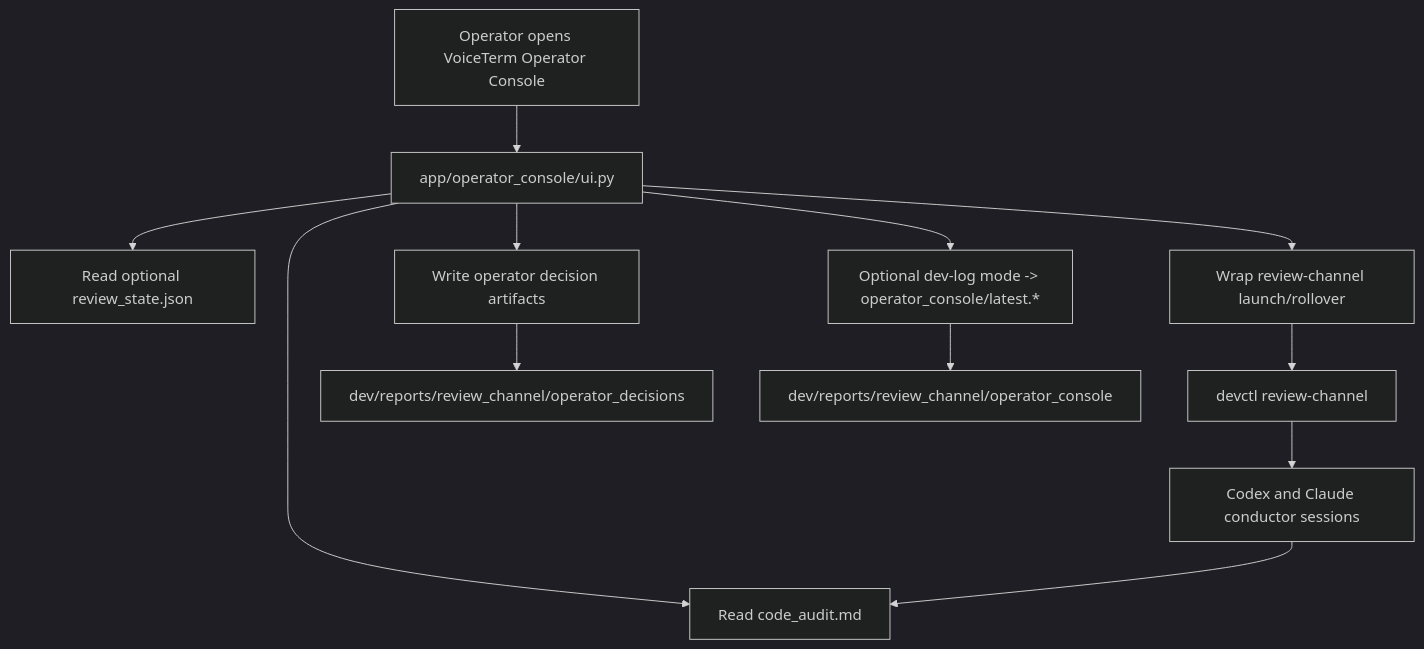
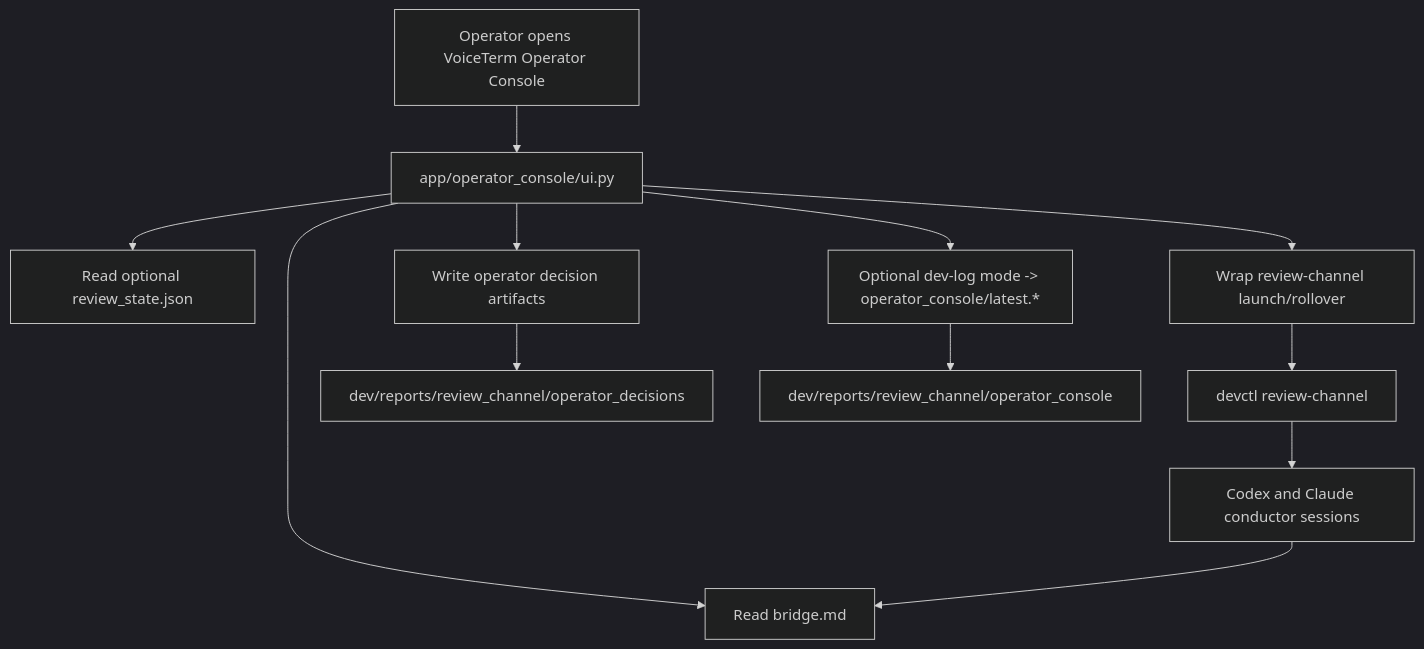
One commit to jguida941/voiceterm changed the third of 4 diagrams in dev/guides/AGENT_COLLABORATION_SYSTEM.md. Above: the diagram before and after it, drawn with Mermaid (dark theme). The commit also changed other lines of this file and 98 other files, not shown here.

````diff
--- a/dev/guides/AGENT_COLLABORATION_SYSTEM.md
+++ b/dev/guides/AGENT_COLLABORATION_SYSTEM.md
@@ -249,14 +249,14 @@
 ```mermaid
 flowchart TD
   A[Operator opens VoiceTerm Operator Console] --> B[app/operator_console/ui.py]
-  B --> C[Read code_audit.md]
+  B --> C[Read bridge.md]
   B --> D[Read optional review_state.json]
   B --> E[Wrap review-channel launch/rollover]
   B --> F[Write operator decision artifacts]
   B --> G[Optional dev-log mode -> operator_console/latest.*]
   E --> H[devctl review-channel]
   H --> I[Codex and Claude conductor sessions]
   I --> C
   F --> J[dev/reports/review_channel/operator_decisions]
   G --> K[dev/reports/review_channel/operator_console]
 ```
````
